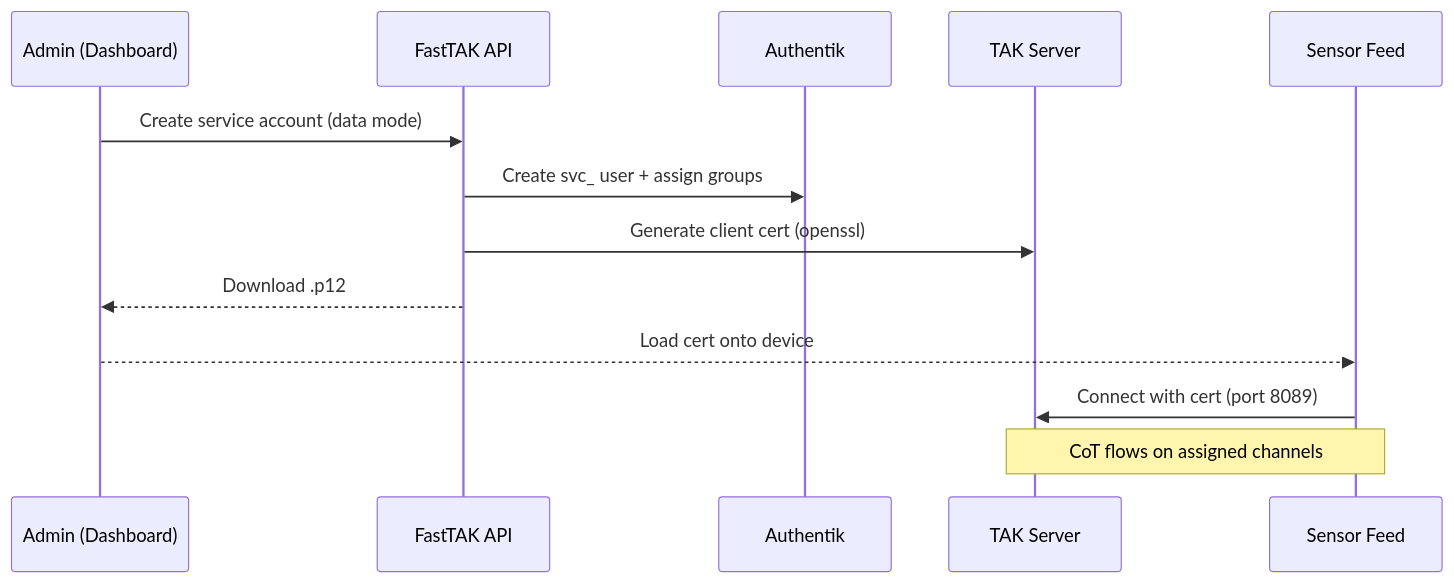
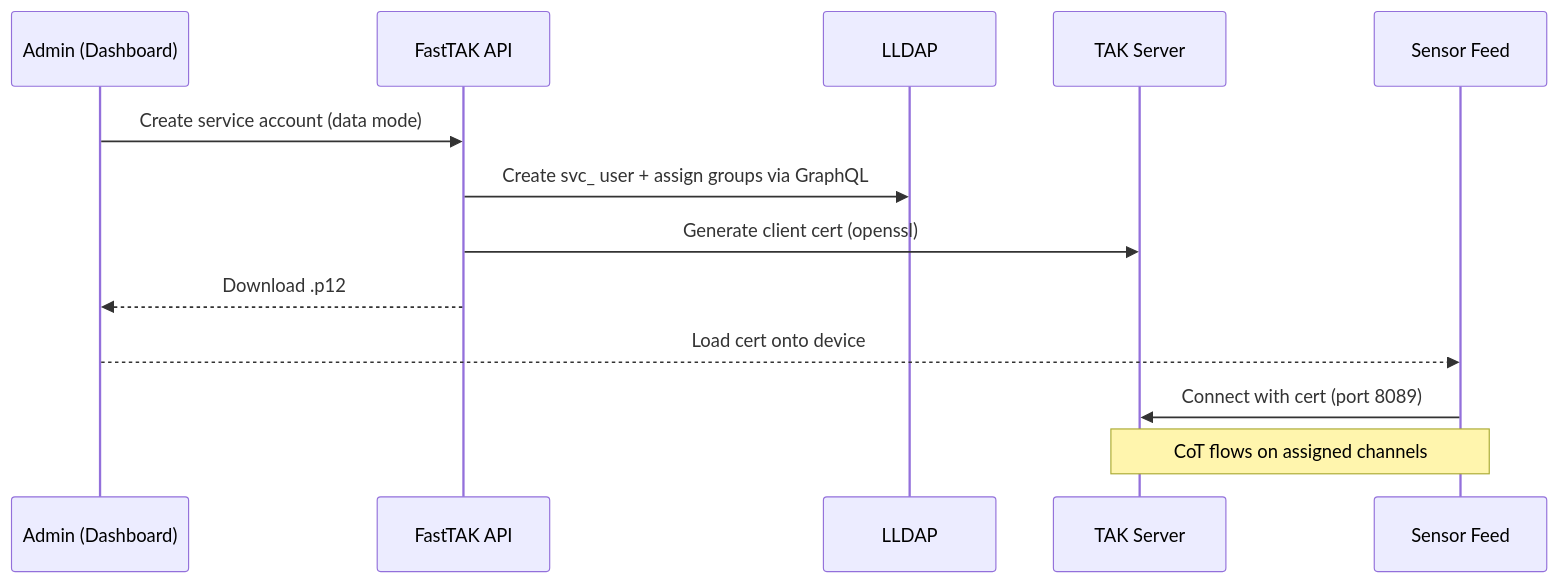
Before and after one commit to pounde/FastTAK: the third of 3 diagrams in docs/certificates.md, drawn with Mermaid. The commit also changed other lines of this file and 7 other files, not shown here.

````diff
--- a/docs/certificates.md
+++ b/docs/certificates.md
@@ -112,16 +112,16 @@
 ```mermaid
 sequenceDiagram
     participant Admin as Admin (Dashboard)
     participant API as FastTAK API
-    participant Auth as Authentik
+    participant Auth as LLDAP
     participant TAK as TAK Server
     participant Sensor as Sensor Feed
 
     Admin->>API: Create service account (data mode)
-    API->>Auth: Create svc_ user + assign groups
+    API->>Auth: Create svc_ user + assign groups via GraphQL
     API->>TAK: Generate client cert (openssl)
     API-->>Admin: Download .p12
     Admin-->>Sensor: Load cert onto device
     Sensor->>TAK: Connect with cert (port 8089)
     Note over Sensor,TAK: CoT flows on assigned channels
 ```
````
